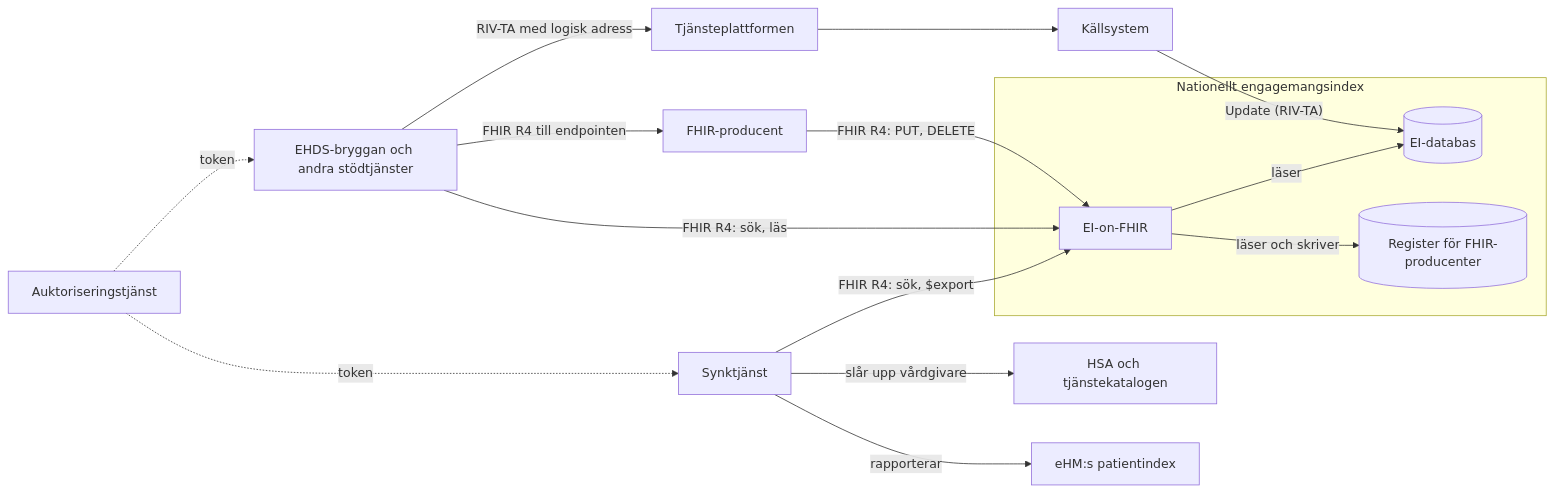
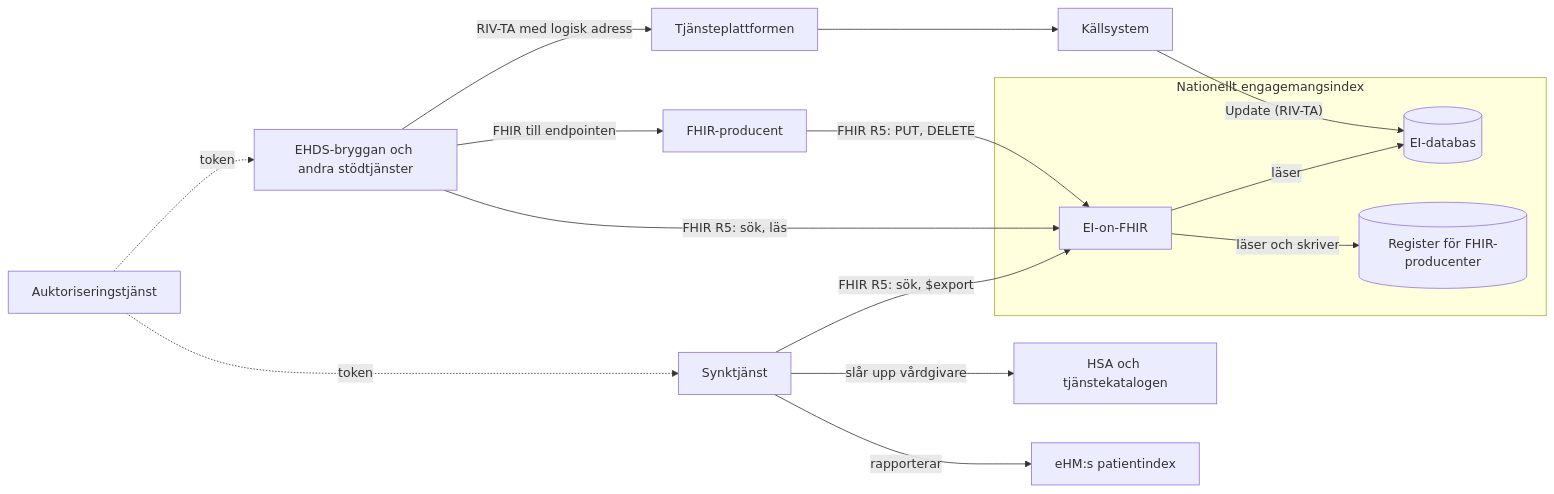
Before and after one commit to Inera-AB/EI-on-FHIR: the first of 5 diagrams in sad/ei-on-fhir-sad.md, drawn with Mermaid. The commit also changed other lines of this file and 19 other files, not shown here.

````diff
--- a/sad/ei-on-fhir-sad.md
+++ b/sad/ei-on-fhir-sad.md
@@ -57,21 +57,21 @@
 ```mermaid
 flowchart LR
   KS[Källsystem] -- "Update (RIV-TA)" --> EIDB
   subgraph EI [Nationellt engagemangsindex]
     EIDB[(EI-databas)]
     API[EI-on-FHIR]
     REG[(Register för FHIR-producenter)]
     API -- läser --> EIDB
     API -- läser och skriver --> REG
   end
-  FP[FHIR-producent] -- "FHIR R4: PUT, DELETE" --> API
-  BRY[EHDS-bryggan och andra stödtjänster] -- "FHIR R4: sök, läs" --> API
-  BRY -- "FHIR R4 till endpointen" --> FP
-  SYNC[Synktjänst] -- "FHIR R4: sök, $export" --> API
+  FP[FHIR-producent] -- "FHIR R5: PUT, DELETE" --> API
+  BRY[EHDS-bryggan och andra stödtjänster] -- "FHIR R5: sök, läs" --> API
+  BRY -- "FHIR till endpointen" --> FP
+  SYNC[Synktjänst] -- "FHIR R5: sök, $export" --> API
   SYNC -- "slår upp vårdgivare" --> HSA[HSA och tjänstekatalogen]
   SYNC -- "rapporterar" --> PDI[eHM:s patientindex]
   BRY -- "RIV-TA med logisk adress" --> NTJP[Tjänsteplattformen]
   NTJP --> KS
   AUTH[Auktoriseringstjänst] -. token .-> BRY
   AUTH -. token .-> SYNC
 ```
````
